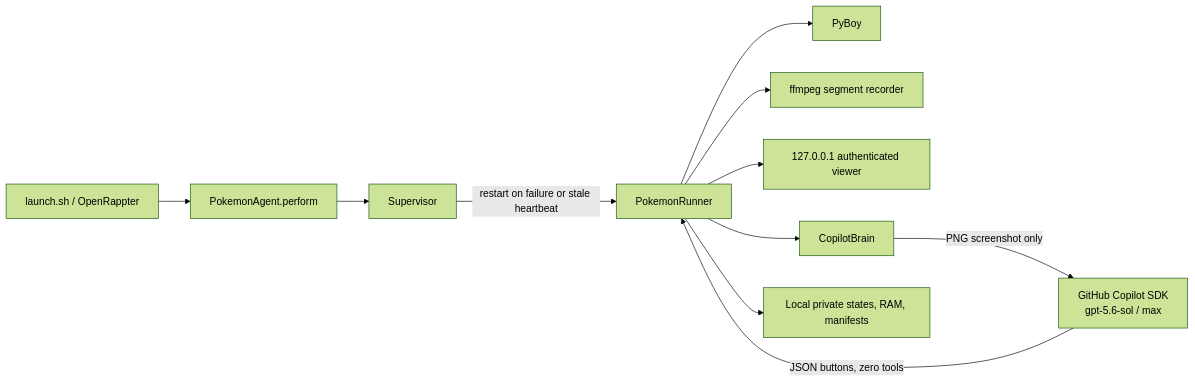
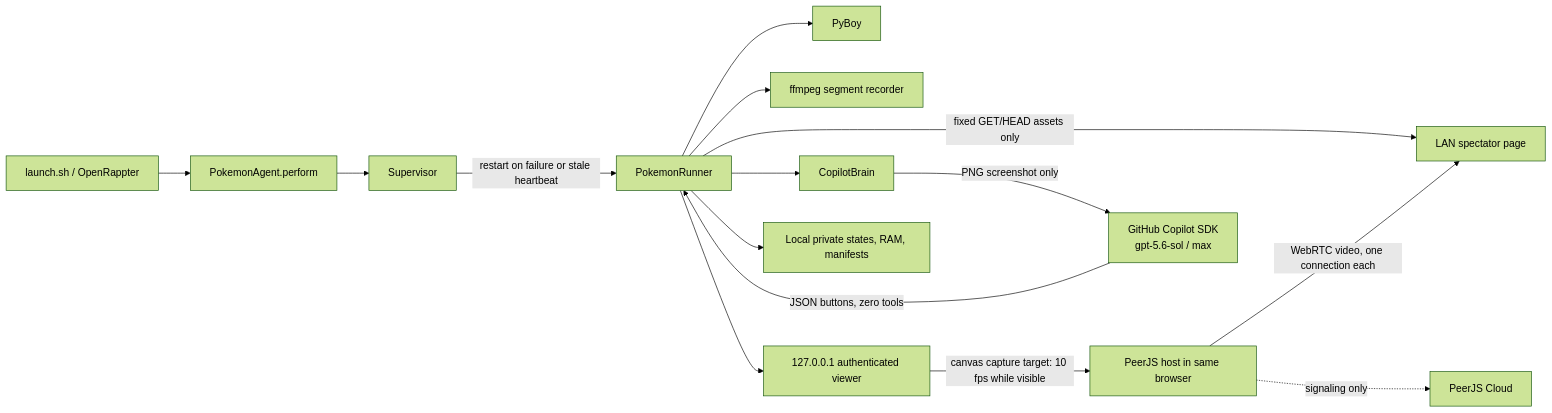
Before and after one commit to kody-w/rappter-plays-pokemon: the diagram in README.md, drawn with Mermaid (forest theme). The commit also changed other lines of this file and 38 other files, not shown here.

````diff
--- a/README.md
+++ b/README.md
@@ -153,13 +229,17 @@
 ```mermaid
 flowchart LR
     U[launch.sh / OpenRappter] --> A[PokemonAgent.perform]
     A --> S[Supervisor]
     S -->|restart on failure or stale heartbeat| R[PokemonRunner]
     R --> P[PyBoy]
     R --> F[ffmpeg segment recorder]
     R --> V[127.0.0.1 authenticated viewer]
+    V -->|canvas capture target: 10 fps while visible| H[PeerJS host in same browser]
+    R -->|fixed GET/HEAD assets only| W[LAN spectator page]
+    H -->|WebRTC video, one connection each| W
+    H -.->|signaling only| PJS[PeerJS Cloud]
     R --> B[CopilotBrain]
     B -->|PNG screenshot only| C[GitHub Copilot SDK<br/>gpt-5.6-sol / max]
     C -->|JSON buttons, zero tools| R
     R --> L[Local private states, RAM, manifests]
 ```
````
